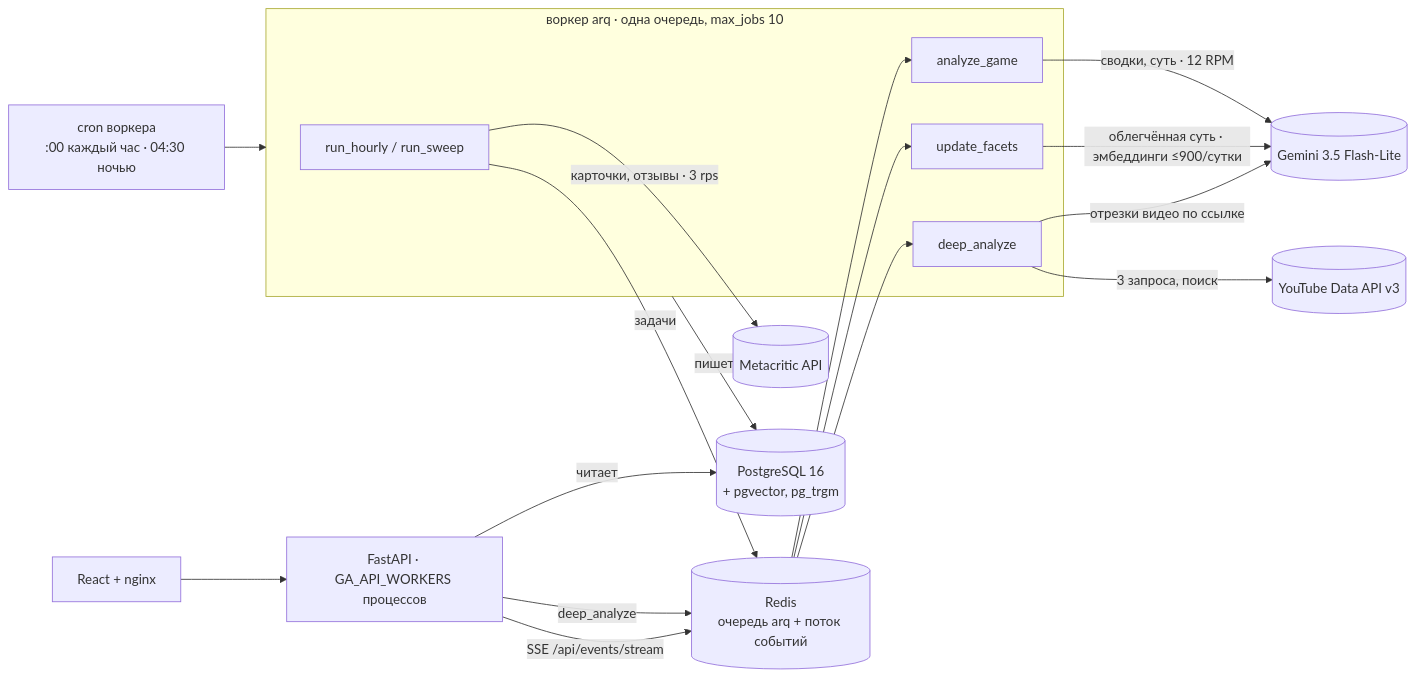
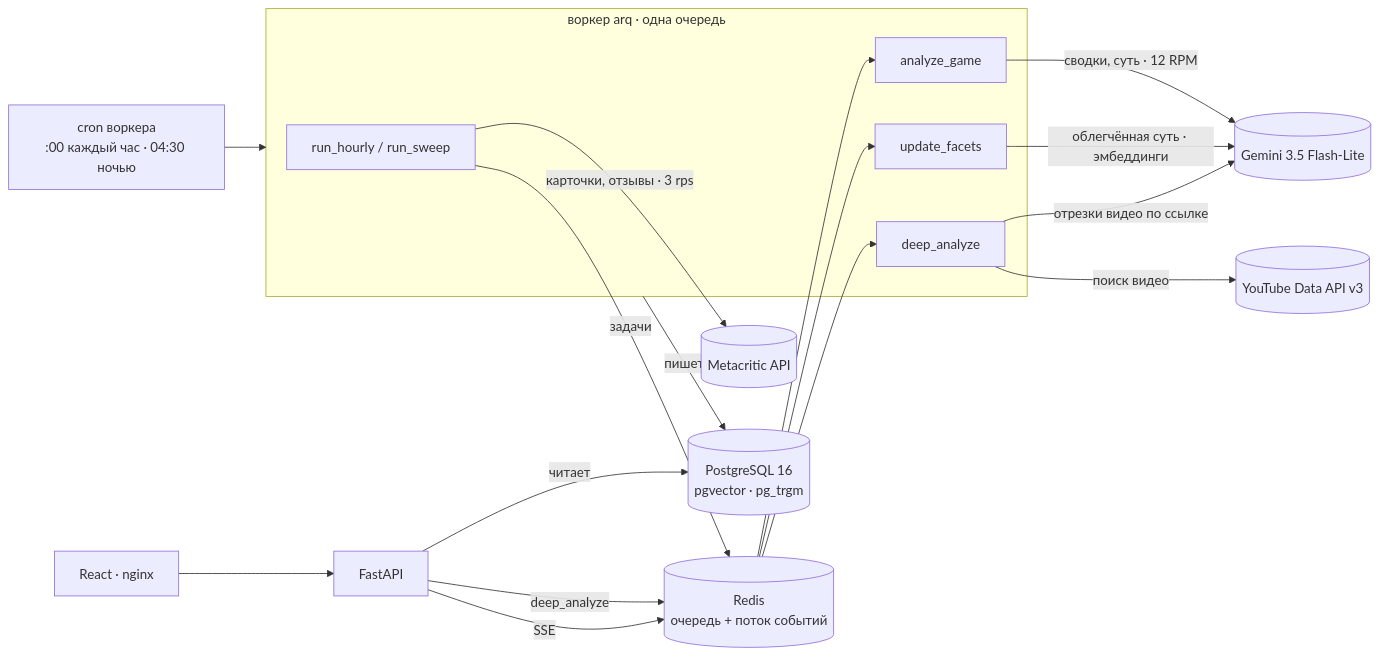
The first of 8 diagrams in README.md (Mr-Bill1999/game_crowler_service), drawn with Mermaid before and after one commit. The commit also changed other lines of this file and 2 other files, not shown here.

Commit message:
README: current architecture in detail; docs without work history

````diff
--- a/README.md
+++ b/README.md
@@ -178,22 +73,22 @@
 ```mermaid
 flowchart LR
   cron["cron воркера<br/>:00 каждый час · 04:30 ночью"] --> W
-  subgraph W["воркер arq · одна очередь, max_jobs 10"]
+  subgraph W["воркер arq · одна очередь"]
     H["run_hourly / run_sweep"]
     A["analyze_game"]
     F["update_facets"]
     D["deep_analyze"]
   end
   H -- "карточки, отзывы · 3 rps" --> MC[("Metacritic API")]
   A -- "сводки, суть · 12 RPM" --> G[("Gemini 3.5 Flash-Lite")]
-  F -- "облегчённая суть · эмбеддинги ≤900/сутки" --> G
-  D -- "3 запроса, поиск" --> YT[("YouTube Data API v3")]
+  F -- "облегчённая суть · эмбеддинги" --> G
+  D -- "поиск видео" --> YT[("YouTube Data API v3")]
   D -- "отрезки видео по ссылке" --> G
-  H -- "задачи" --> Q[("Redis<br/>очередь arq + поток событий")]
+  H -- "задачи" --> Q[("Redis<br/>очередь + поток событий")]
   Q --> A & F & D
-  W -- "пишет" --> PG[("PostgreSQL 16<br/>+ pgvector, pg_trgm")]
-  API["FastAPI · GA_API_WORKERS процессов"] -- "читает" --> PG
+  W -- "пишет" --> PG[("PostgreSQL 16<br/>pgvector · pg_trgm")]
+  API["FastAPI"] -- "читает" --> PG
   API -- "deep_analyze" --> Q
-  API -- "SSE /api/events/stream" --> Q
-  WEB["React + nginx"] --> API
+  API -- "SSE" --> Q
+  WEB["React · nginx"] --> API
 ```
````
